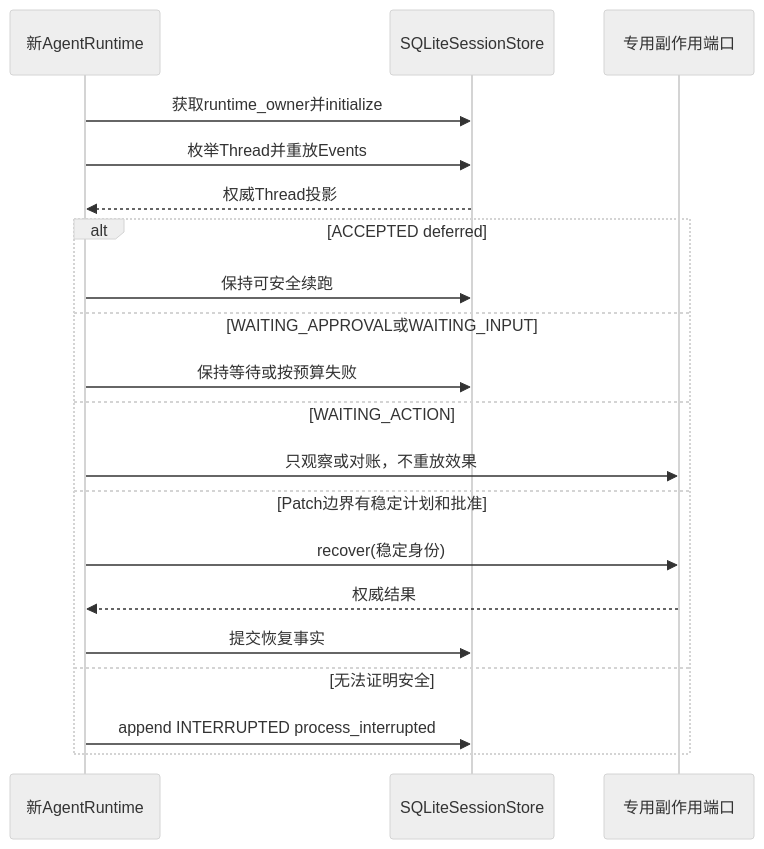
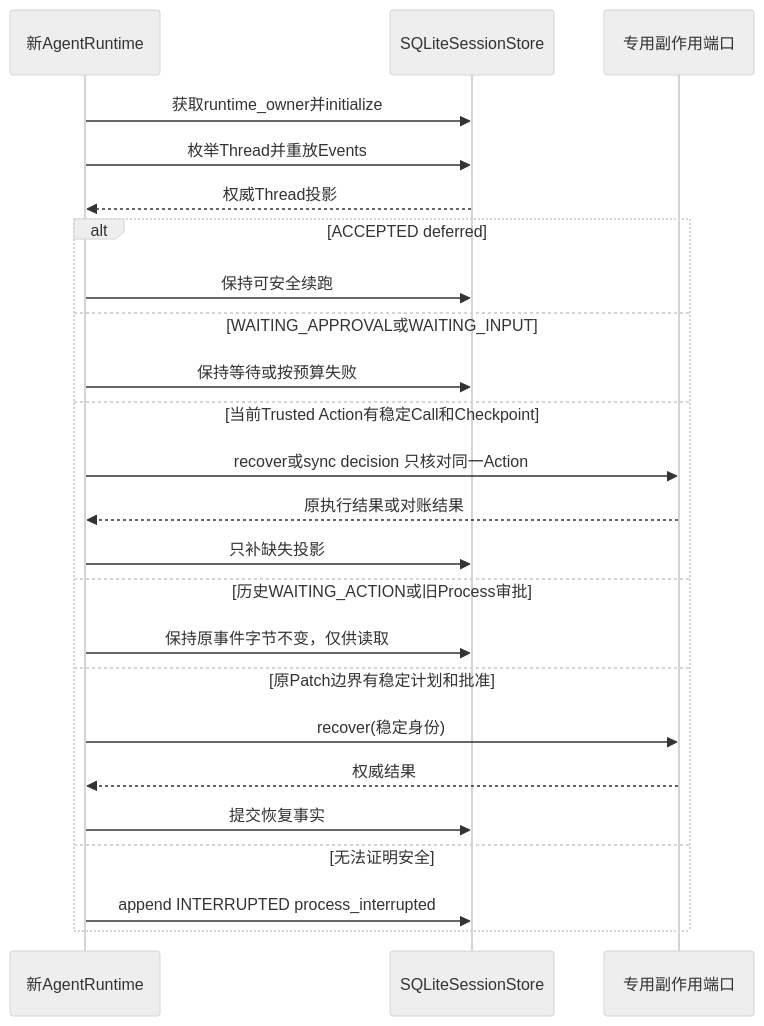
One commit to carrie1988/Harnessix changed the ninth of 12 diagrams in docs/modules/agent.md. Above: the diagram before and after it, drawn with Mermaid (neutral theme). The commit also changed other lines of this file and 121 other files, not shown here.

````diff
--- a/docs/modules/agent.md
+++ b/docs/modules/agent.md
@@ -420,22 +421,26 @@
 ```mermaid
 sequenceDiagram
     participant N as 新AgentRuntime
     participant S as SQLiteSessionStore
     participant D as 专用副作用端口
     N->>S: 获取runtime_owner并initialize
     N->>S: 枚举Thread并重放Events
     S-->>N: 权威Thread投影
     alt ACCEPTED deferred
         N->>S: 保持可安全续跑
     else WAITING_APPROVAL或WAITING_INPUT
         N->>S: 保持等待或按预算失败
-    else WAITING_ACTION
-        N->>D: 只观察或对账，不重放效果
-    else Patch边界有稳定计划和批准
+    else 当前Trusted Action有稳定Call和Checkpoint
+        N->>D: recover或sync decision 只核对同一Action
+        D-->>N: 原执行结果或对账结果
+        N->>S: 只补缺失投影
+    else 历史WAITING_ACTION或旧Process审批
+        N->>S: 保持原事件字节不变，仅供读取
+    else 原Patch边界有稳定计划和批准
         N->>D: recover(稳定身份)
         D-->>N: 权威结果
         N->>S: 提交恢复事实
     else 无法证明安全
         N->>S: append INTERRUPTED process_interrupted
     end
 ```
````
